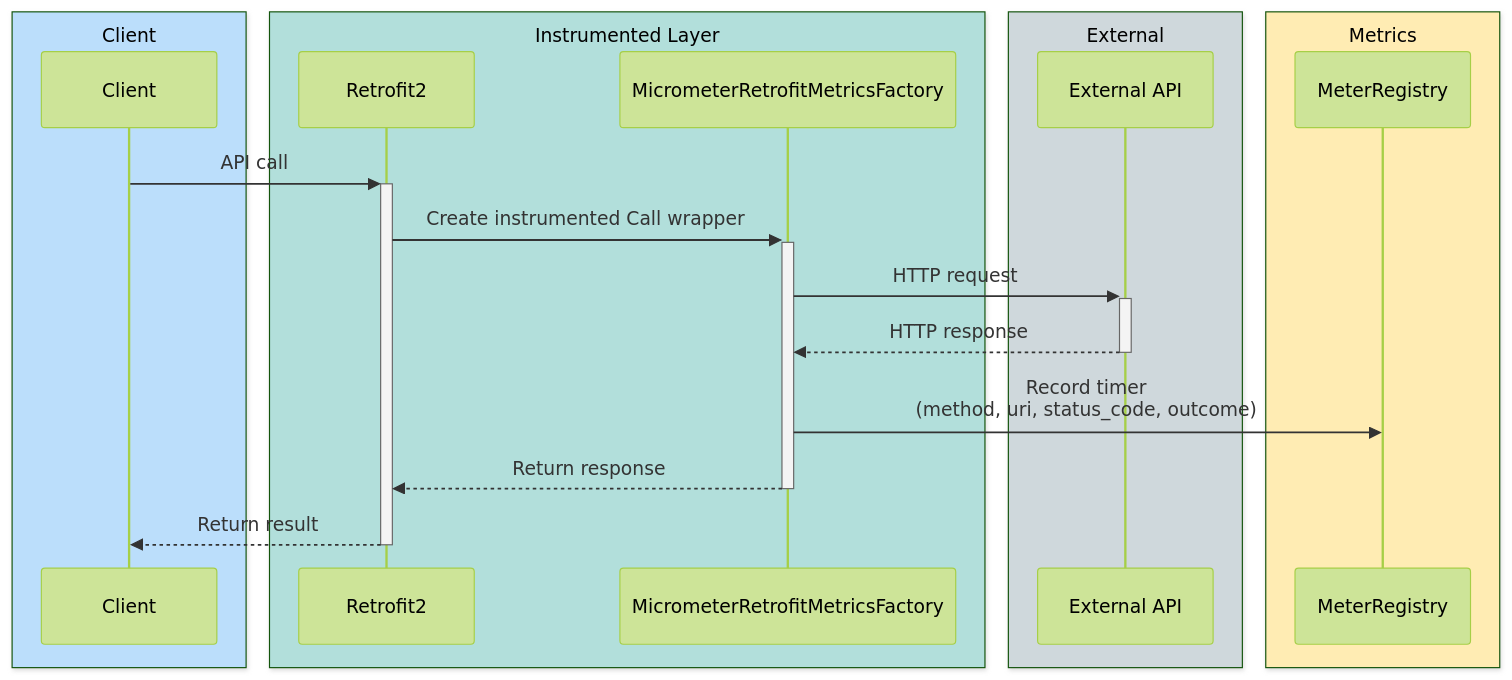
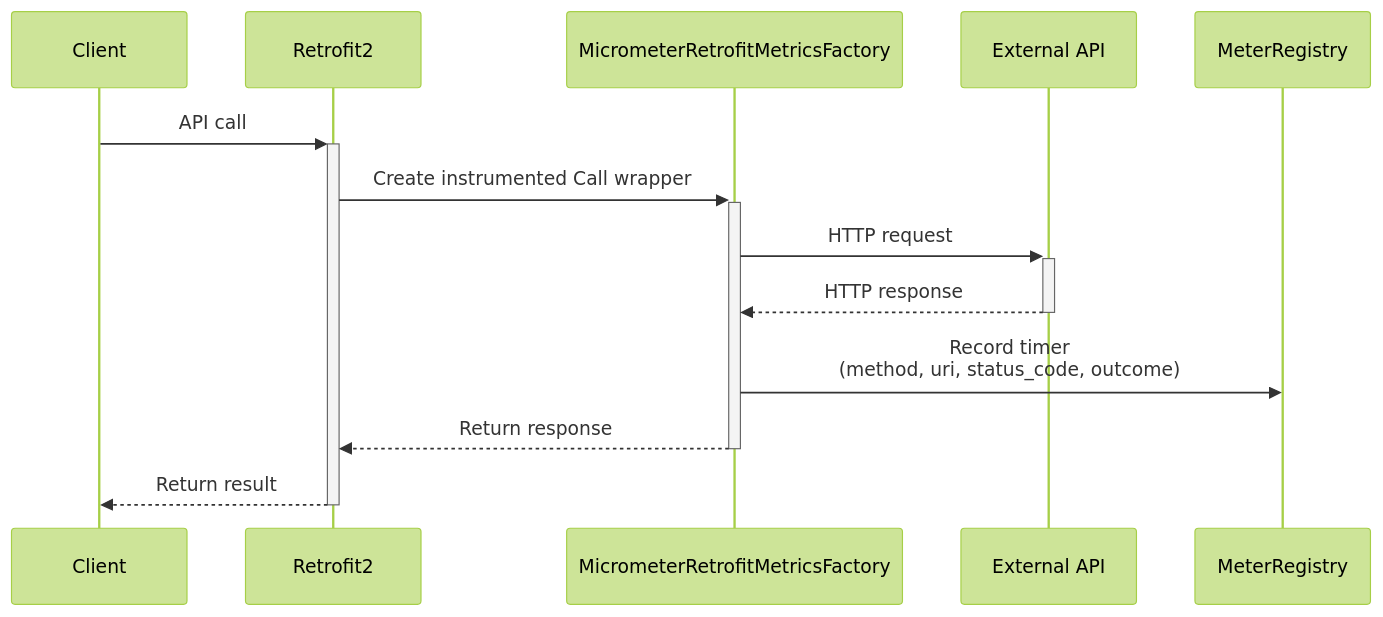
The third of 4 diagrams in infra/micrometer/README.md (bluetape4k/bluetape4k-projects), drawn with Mermaid (forest theme) before and after one commit. The commit also changed other lines of this file and 219 other files, not shown here.

First line of the commit message:
docs: 전체 README Mermaid 다이어그램 가이드 적용

````diff
--- a/infra/micrometer/README.md
+++ b/infra/micrometer/README.md
@@ -337,24 +337,16 @@
 ```mermaid
 sequenceDiagram
-    box rgb(187,222,251) Client
     participant Client as Client
-    end
-    box rgb(178,223,219) Instrumented Layer
     participant Retrofit as Retrofit2
     participant Metrics as MicrometerRetrofitMetricsFactory
-    end
-    box rgb(207,216,220) External
     participant API as External API
-    end
-    box rgb(255,236,179) Metrics
     participant Registry as MeterRegistry
-    end
 
     Client->>+Retrofit: API call
     Retrofit->>+Metrics: Create instrumented Call wrapper
     Metrics->>+API: HTTP request
     API-->>-Metrics: HTTP response
     Metrics->>Registry: Record timer<br/>(method, uri, status_code, outcome)
     Metrics-->>-Retrofit: Return response
     Retrofit-->>-Client: Return result
 ```
````
